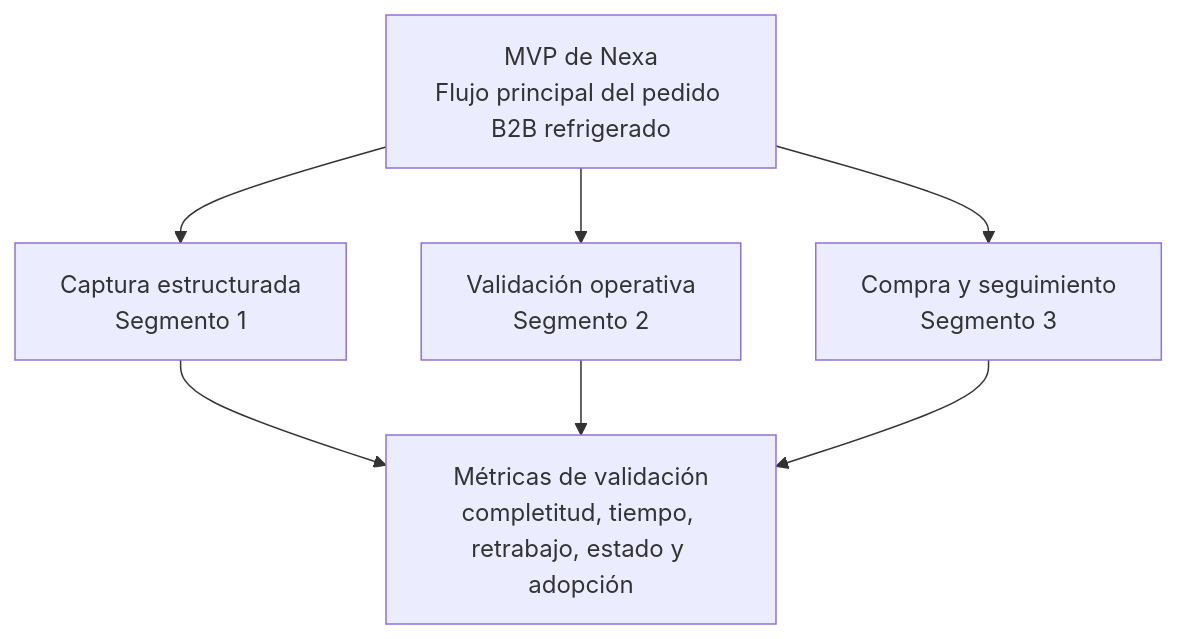
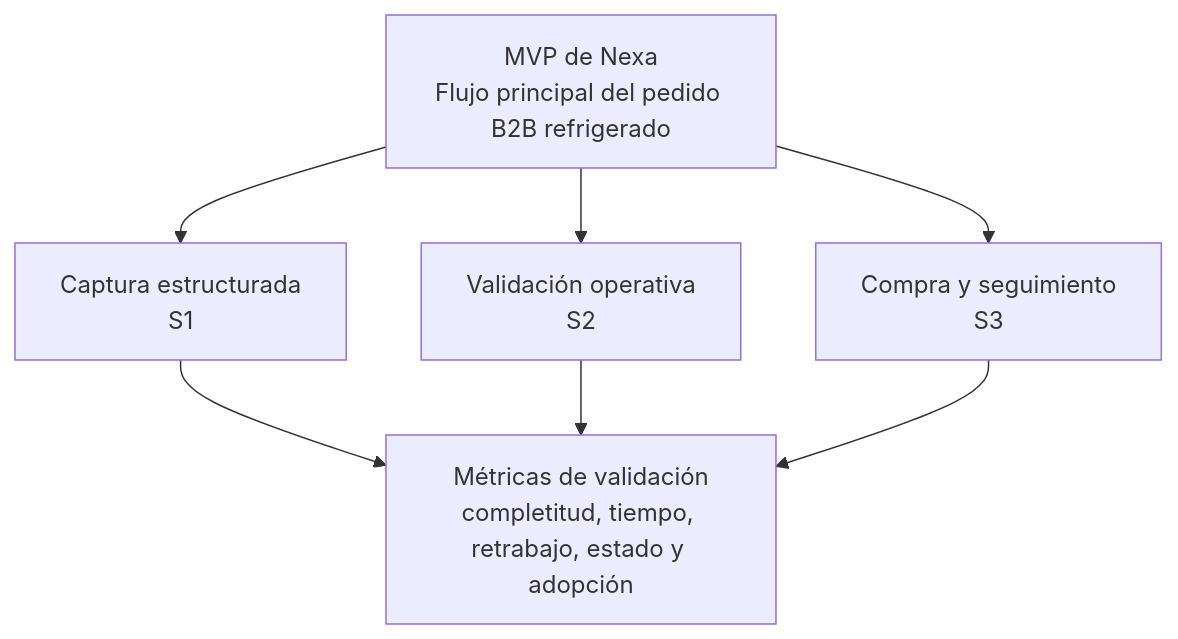
The third of 3 diagrams in report/10-chapter-1-introduction/1-3-target-segments.md (upc-pre-202610-1asi0730-12242-king/nexa-ecosystem-report), drawn with Mermaid before and after one commit. The commit also changed other lines of this file and 20 other files, not shown here.

````diff
--- a/report/10-chapter-1-introduction/1-3-target-segments.md
+++ b/report/10-chapter-1-introduction/1-3-target-segments.md
@@ -390,15 +390,15 @@
 ```mermaid
 flowchart TD
     MVP["MVP de Nexa\nFlujo principal del pedido B2B refrigerado"]
-    CAP["Captura estructurada\nSegmento 1"]
-    OPE["Validación operativa\nSegmento 2"]
-    COM["Compra y seguimiento\nSegmento 3"]
+    CAP["Captura estructurada\nS1"]
+    OPE["Validación operativa\nS2"]
+    COM["Compra y seguimiento\nS3"]
     MET["Métricas de validación\ncompletitud, tiempo, retrabajo, estado y adopción"]
 
     MVP --> CAP
     MVP --> OPE
     MVP --> COM
     CAP --> MET
     OPE --> MET
     COM --> MET
 ```
````
